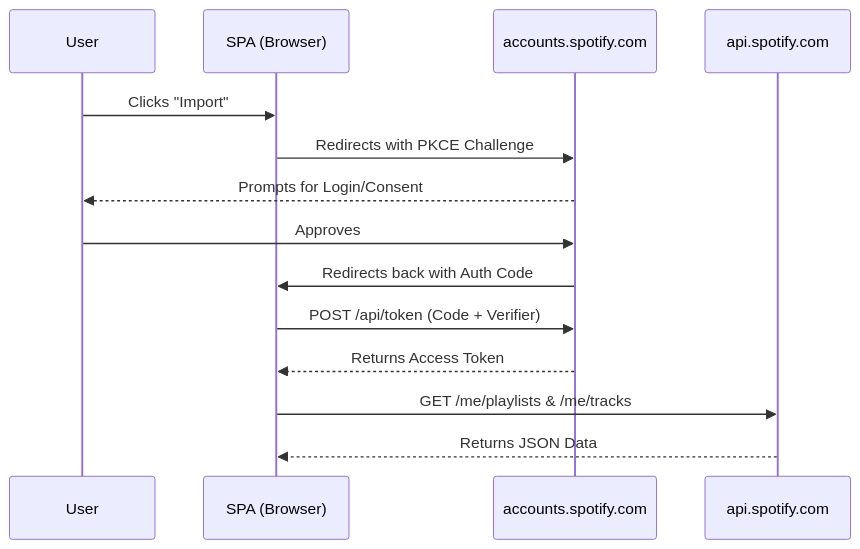
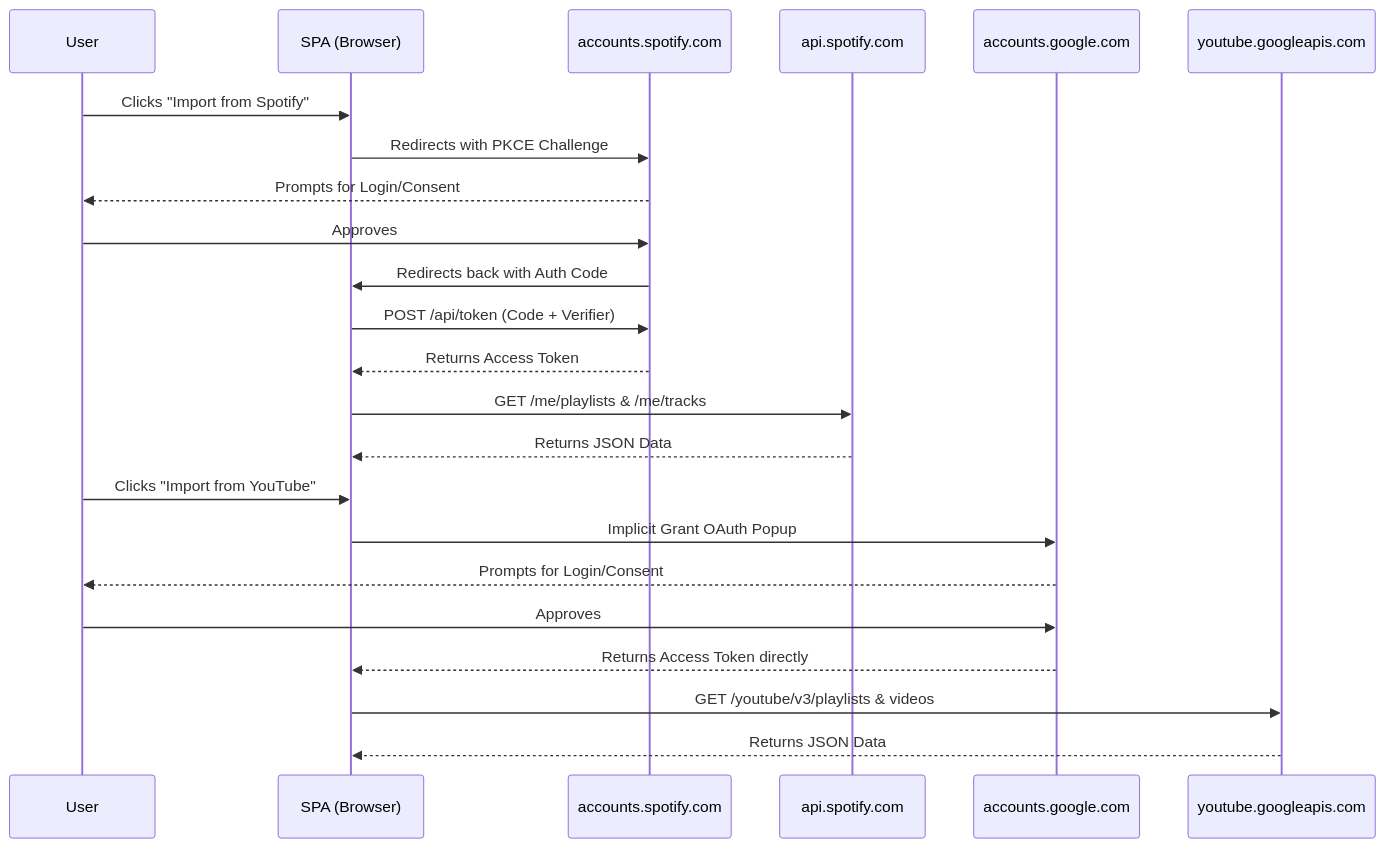
Before and after one commit to sidinsearch/outside-in: the first of 2 diagrams in README.md, drawn with Mermaid. The commit also changed other lines of this file and 1 other file, not shown here.

Commit message:
fix: restore syntax after broken python replacement and update diagrams to include youtube oauth and webview injection steps

````diff
--- a/README.md
+++ b/README.md
@@ -23,17 +23,27 @@
 ```mermaid
 sequenceDiagram
     participant User
     participant App as SPA (Browser)
     participant SpotAuth as accounts.spotify.com
     participant SpotAPI as api.spotify.com
+    participant GoogAuth as accounts.google.com
+    participant YTAPI as youtube.googleapis.com
 
-    User->>App: Clicks "Import"
+    User->>App: Clicks "Import from Spotify"
     App->>SpotAuth: Redirects with PKCE Challenge
     SpotAuth-->>User: Prompts for Login/Consent
     User->>SpotAuth: Approves
     SpotAuth->>App: Redirects back with Auth Code
     App->>SpotAuth: POST /api/token (Code + Verifier)
     SpotAuth-->>App: Returns Access Token
     App->>SpotAPI: GET /me/playlists & /me/tracks
     SpotAPI-->>App: Returns JSON Data
+
+    User->>App: Clicks "Import from YouTube"
+    App->>GoogAuth: Implicit Grant OAuth Popup
+    GoogAuth-->>User: Prompts for Login/Consent
+    User->>GoogAuth: Approves
+    GoogAuth-->>App: Returns Access Token directly
+    App->>YTAPI: GET /youtube/v3/playlists & videos
+    YTAPI-->>App: Returns JSON Data
 ```
````
